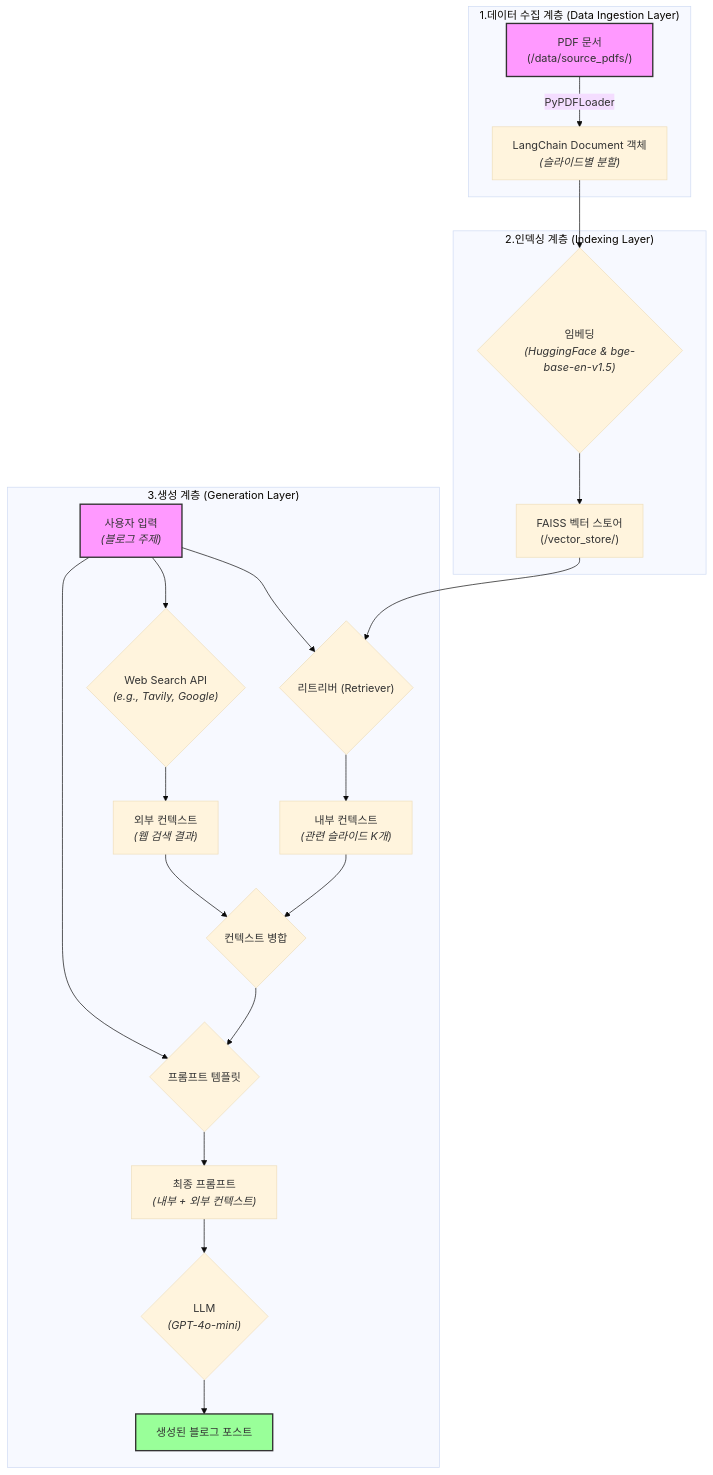
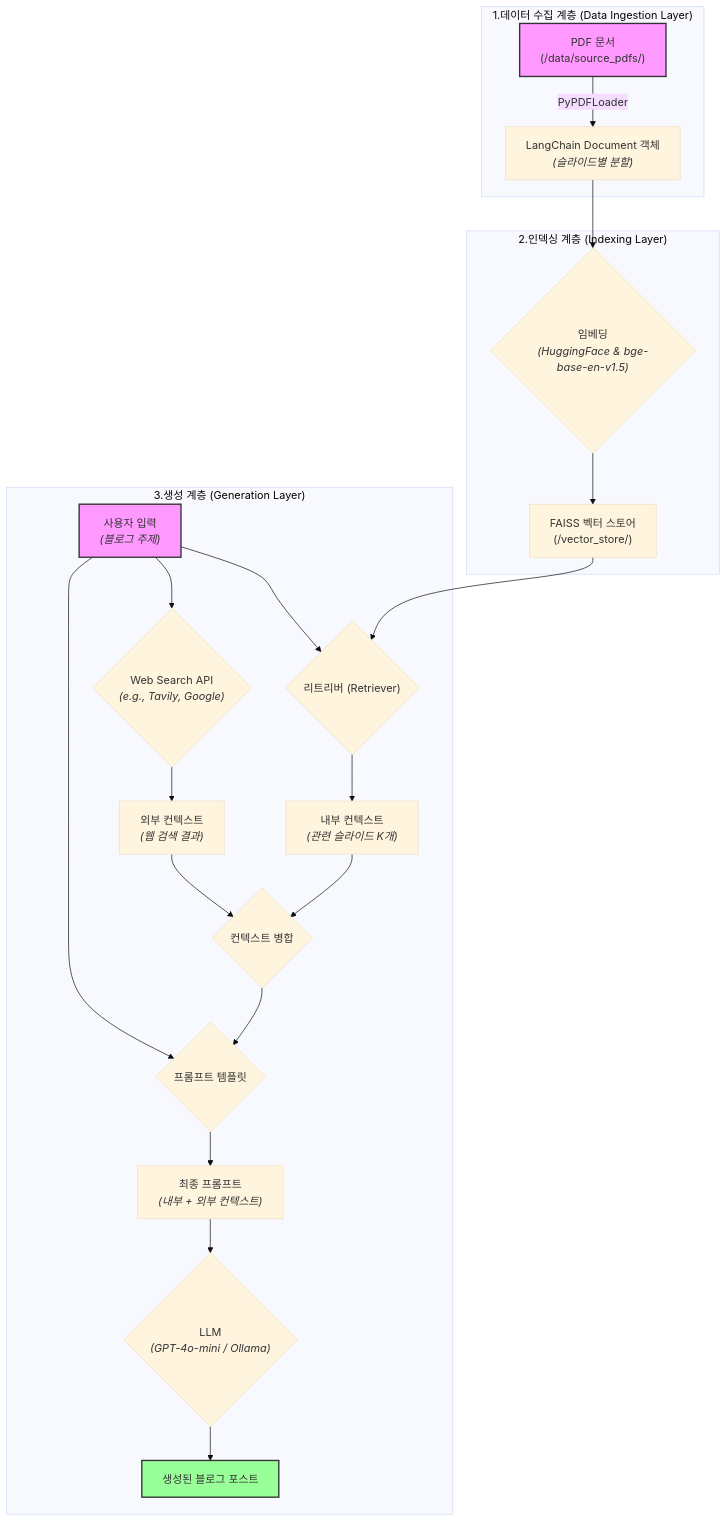
The diagram in README.md (AIBootcamp13/upstageailab-langchain-pjt-langchain_8), drawn with Mermaid (base theme) before and after one commit. The commit also changed other lines of this file and 1 other file, not shown here.

````diff
--- a/README.md
+++ b/README.md
@@ -108,35 +91,35 @@
 ```mermaid
 graph TD
     subgraph "1.데이터 수집 계층 (Data Ingestion Layer)"
         A["PDF 문서<br>(/data/source_pdfs/)"] -->|PyPDFLoader| B["LangChain Document 객체<br><i>(슬라이드별 분할)</i>"];
     end
 
     subgraph "2.인덱싱 계층 (Indexing Layer)"
         B --> C{"임베딩<br><i>(HuggingFace & bge-base-en-v1.5)</i>"};
         C --> D["FAISS 벡터 스토어<br>(/vector_store/)"];
     end
 
     subgraph "3.생성 계층 (Generation Layer)"
         E["사용자 입력<br><i>(블로그 주제)</i>"] --> F{"리트리버 (Retriever)"};
         D --> F;
 
         E --> W{"Web Search API<br><i>(e.g., Tavily, Google)</i>"};
 
         F --> G["내부 컨텍스트<br><i>(관련 슬라이드 K개)</i>"];
         W --> WG["외부 컨텍스트<br><i>(웹 검색 결과)</i>"];
 
         G --> M{"컨텍스트 병합"};
         WG --> M;
 
         M --> H{프롬프트 템플릿};
         E --> H;
         H --> I["최종 프롬프트<br><i>(내부 + 외부 컨텍스트)</i>"];
-        I --> J{"LLM<br><i>(GPT-4o-mini)</i>"};
+        I --> J{"LLM<br><i>(GPT-4o-mini / Ollama)</i>"};
         J --> K["생성된 블로그 포스트"];
     end
 
     %% Styling
     style A fill:#f9f,stroke:#333,stroke-width:2px
     style E fill:#f9f,stroke:#333,stroke-width:2px
     style K fill:#9f9,stroke:#333,stroke-width:2px
 ```
````
